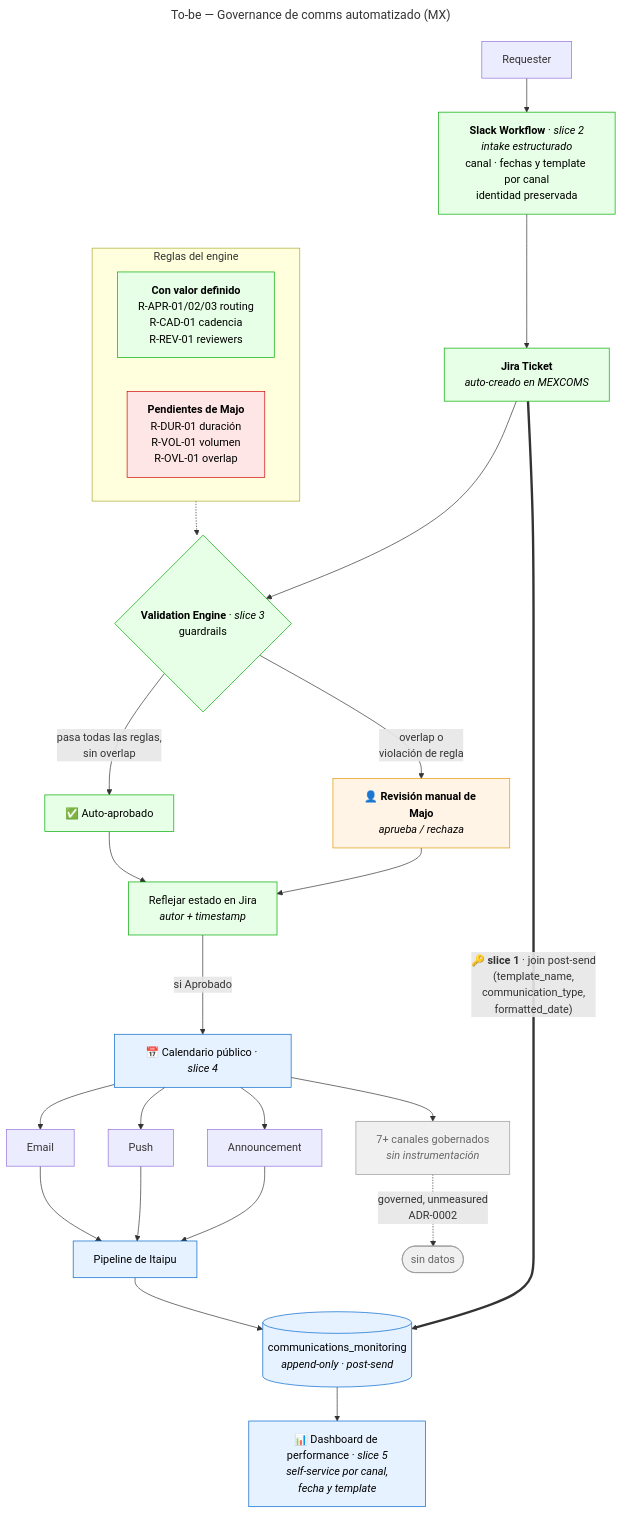
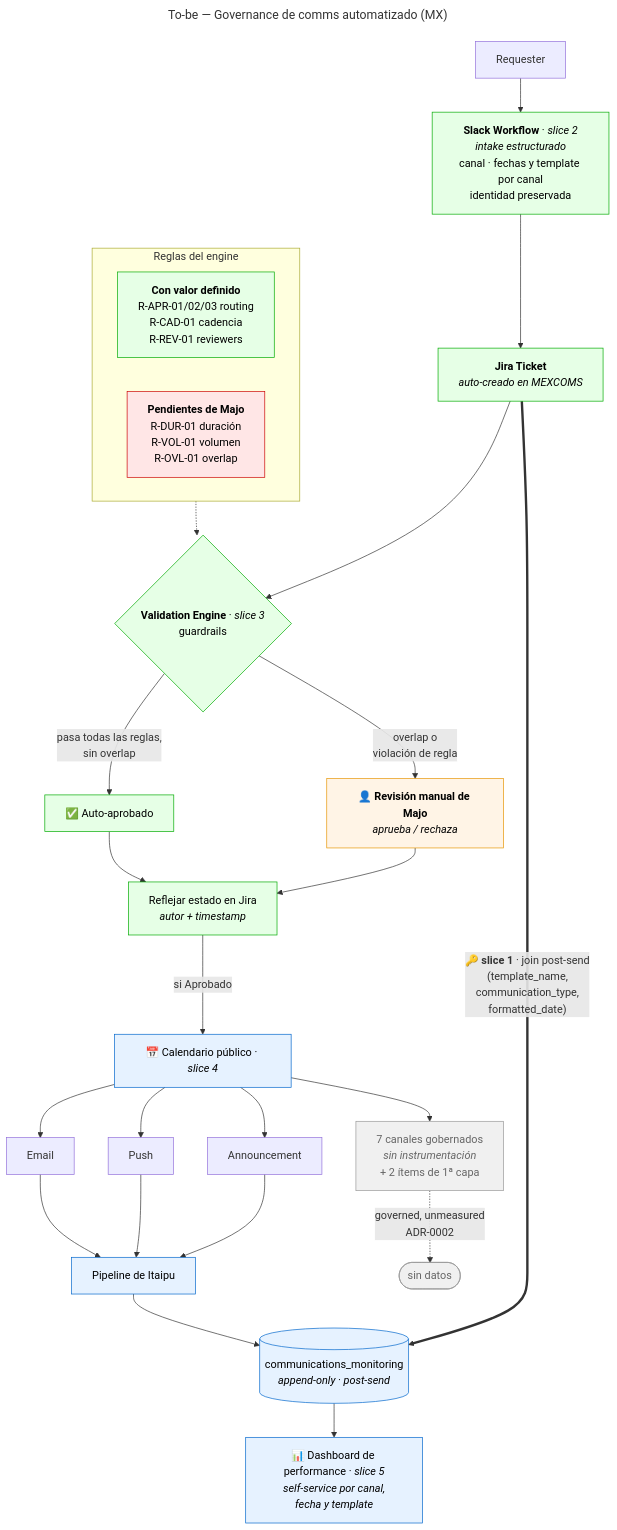
Before and after one commit to emilianosu/CommsGovernanceAutomation: the diagram in diagrams/to-be.mmd, drawn with Mermaid. The commit also changed 7 other files, not shown here.

```diff
--- a/diagrams/to-be.mmd
+++ b/diagrams/to-be.mmd
@@ -1,54 +1,54 @@
 ---
 title: To-be — Governance de comms automatizado (MX)
 ---
 flowchart TD
     R["Requester"]
     SW["<b>Slack Workflow</b> · <i>slice 2</i><br/><i>intake estructurado</i><br/>canal · fechas y template por canal<br/>identidad preservada"]
     JT["<b>Jira Ticket</b><br/><i>auto-creado en MEXCOMS</i>"]
 
     VE{"<b>Validation Engine</b> · <i>slice 3</i><br/>guardrails"}
     AUTO["✅ Auto-aprobado"]
     MANUAL["👤 <b>Revisión manual de Majo</b><br/><i>aprueba / rechaza</i>"]
 
     STATUS["Reflejar estado en Jira<br/><i>autor + timestamp</i>"]
     CAL["📅 Calendario público · <i>slice 4</i>"]
 
     EMAIL["Email"]
     PUSH["Push"]
     ANN["Announcement"]
-    OTHER["7+ canales gobernados<br/><i>sin instrumentación</i>"]
+    OTHER["7 canales gobernados<br/><i>sin instrumentación</i><br/>+ 2 ítems de 1ª capa"]
 
     ITAIPU["Pipeline de Itaipu"]
     TABLE[("communications_monitoring<br/><i>append-only · post-send</i>")]
     DASH["📊 Dashboard de performance · <i>slice 5</i><br/><i>self-service por canal,<br/>fecha y template</i>"]
 
     R --> SW --> JT --> VE
     VE -->|"pasa todas las reglas,<br/>sin overlap"| AUTO
     VE -->|"overlap o<br/>violación de regla"| MANUAL
     AUTO & MANUAL --> STATUS
     STATUS -->|"si Aprobado"| CAL
     CAL --> EMAIL & PUSH & ANN & OTHER
     EMAIL & PUSH & ANN --> ITAIPU --> TABLE --> DASH
     OTHER -.->|"governed, unmeasured<br/>ADR-0002"| Z(["sin datos"])
 
     JT == "🔑 <b>slice 1</b> · join post-send<br/>(template_name,<br/>communication_type,<br/>formatted_date)" ==> TABLE
 
     subgraph RULES ["Reglas del engine"]
         direction LR
         OK["<b>Con valor definido</b><br/>R-APR-01/02/03 routing<br/>R-CAD-01 cadencia<br/>R-REV-01 reviewers"]
         PEND["<b>Pendientes de Majo</b><br/>R-DUR-01 duración<br/>R-VOL-01 volumen<br/>R-OVL-01 overlap"]
     end
     RULES -.-> VE
 
     classDef auto fill:#e6ffe6,stroke:#00aa00,color:#000
     classDef human fill:#fff4e6,stroke:#e69500,color:#000
     classDef data fill:#e6f2ff,stroke:#0066cc,color:#000
     classDef none fill:#f0f0f0,stroke:#999,color:#666
     classDef pending fill:#ffe6e6,stroke:#cc0000,color:#000
 
     class AUTO,SW,JT,VE,STATUS auto
     class MANUAL human
     class ITAIPU,TABLE,DASH,CAL data
     class Z,OTHER none
     class PEND pending
     class OK auto
```
